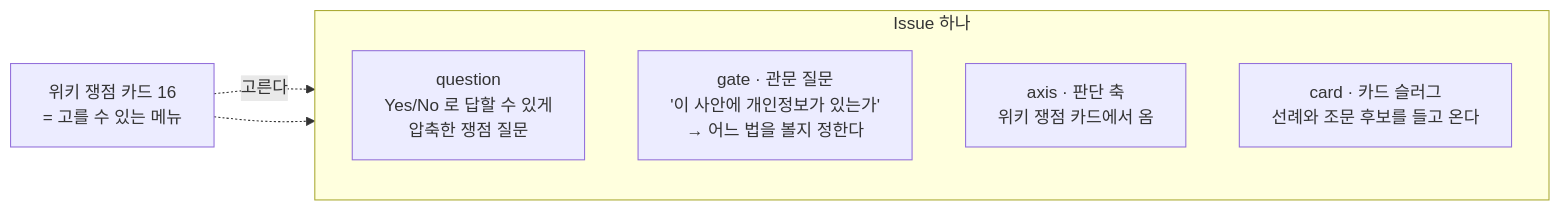
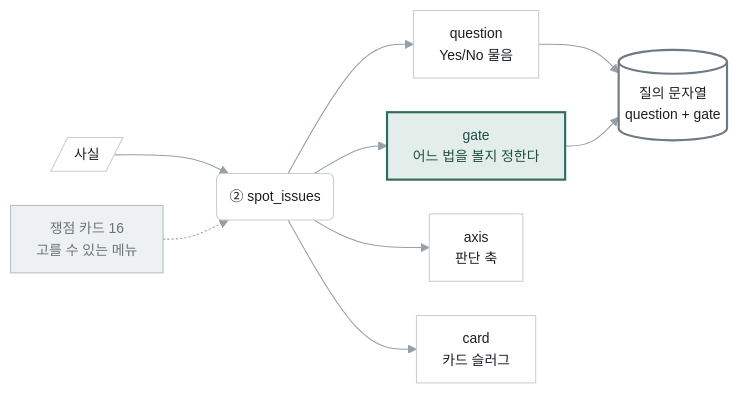
Before and after one commit to Fromson99/8agent: the sixth of 9 diagrams in docs/ARCH_SYSTEM.md, drawn with Mermaid. The commit also changed other lines of this file and 2 other files, not shown here.

````diff
--- a/docs/ARCH_SYSTEM.md
+++ b/docs/ARCH_SYSTEM.md
@@ -298,12 +310,15 @@
 ```mermaid
+%%{init:{'theme':'base','themeVariables':{'fontFamily':'system-ui, sans-serif','fontSize':'13px','primaryColor':'#FFFFFF','primaryTextColor':'#1B1F24','primaryBorderColor':'#C7CFD3','lineColor':'#96A0A7','secondaryColor':'#F1F4F5','tertiaryColor':'#FAFBFB','clusterBkg':'#F5F8F8','clusterBorder':'#DBE1E3','edgeLabelBackground':'#FCFCFB'},'flowchart':{'curve':'basis','nodeSpacing':32,'rankSpacing':50,'padding':12}}}%%
 flowchart LR
-  subgraph IS["Issue 하나"]
-    direction TB
-    Q1["question<br/>Yes/No 로 답할 수 있게<br/>압축한 쟁점 질문"]
-    Q2["gate · 관문 질문<br/>'이 사안에 개인정보가 있는가'<br/>→ 어느 법을 볼지 정한다"]
-    Q3["axis · 판단 축<br/>위키 쟁점 카드에서 옴"]
-    Q4["card · 카드 슬러그<br/>선례와 조문 후보를 들고 온다"]
-  end
-  W["위키 쟁점 카드 16<br/>= 고를 수 있는 메뉴"] -.->|"고른다"| Q3
-  W -.-> Q4
+  FA[/"사실"/] --> SP("② spot_issues")
+  W["쟁점 카드 16<br/>고를 수 있는 메뉴"] -.-> SP
+  SP --> Q1["question<br/>Yes/No 물음"]
+  SP --> Q2["gate<br/>어느 법을 볼지 정한다"]
+  SP --> Q3["axis<br/>판단 축"]
+  SP --> Q4["card<br/>카드 슬러그"]
+  Q1 --> QX[("질의 문자열<br/>question + gate")]
+  Q2 --> QX
+  style Q2 fill:#E3EDEA,stroke:#2C6B60,stroke-width:2px,color:#1E4F46
+  style QX fill:#FFFFFF,stroke:#6E7A82,stroke-width:2px
+  style W fill:#EEF1F2,stroke:#B6BFC4,color:#69737A
 ```
````
